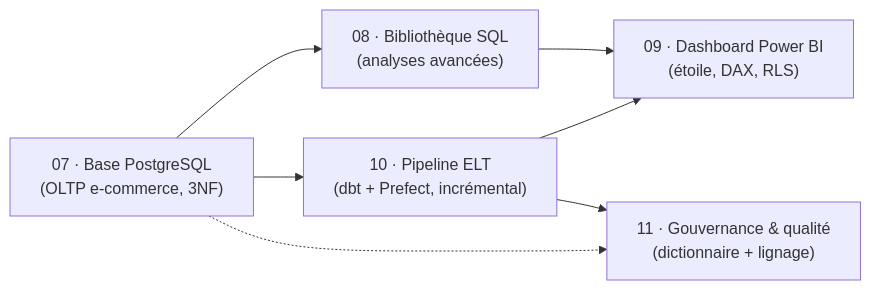
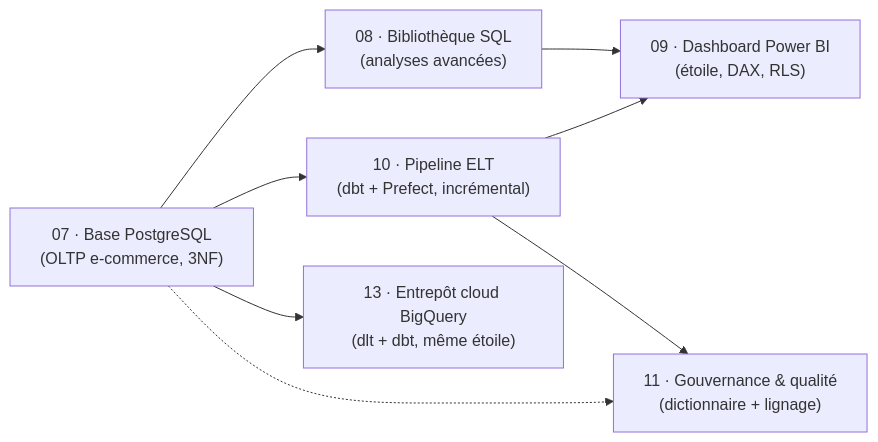
One commit to valentinratigniet-byte/valentinratigniet-byte changed the diagram in README.md. Above: the diagram before and after it, drawn with Mermaid. The commit also changed other lines of this file, not shown here.

Commit message:
docs: ajoute le projet 13 (entrepot BigQuery) - 13 projets termines

````diff
--- a/README.md
+++ b/README.md
@@ -10,13 +10,15 @@
 ```mermaid
 flowchart LR
     P07["07 · Base PostgreSQL<br/>(OLTP e-commerce, 3NF)"]
     P08["08 · Bibliothèque SQL<br/>(analyses avancées)"]
     P09["09 · Dashboard Power BI<br/>(étoile, DAX, RLS)"]
     P10["10 · Pipeline ELT<br/>(dbt + Prefect, incrémental)"]
     P11["11 · Gouvernance & qualité<br/>(dictionnaire + lignage)"]
+    P13["13 · Entrepôt cloud BigQuery<br/>(dlt + dbt, même étoile)"]
 
     P07 --> P08 --> P09
     P07 --> P10 --> P09
     P10 --> P11
     P07 -.-> P11
+    P07 --> P13
 ```
````
